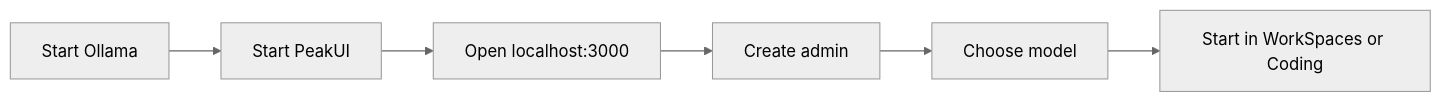
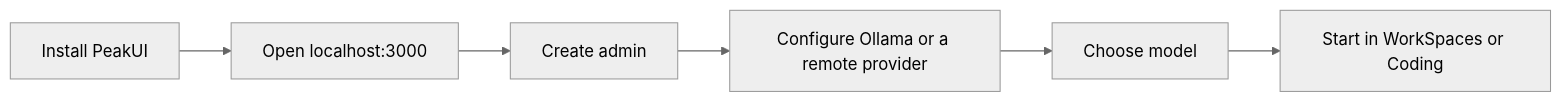
One commit to rajatalha150/PeakUI changed the seventh of 7 diagrams in README.md. Above: the diagram before and after it, drawn with Mermaid (neutral theme). The commit also changed other lines of this file and 6 other files, not shown here.

````diff
--- a/README.md
+++ b/README.md
@@ -201,8 +204,8 @@
 ```mermaid
 flowchart LR
-  A[Start Ollama] --> B[Start PeakUI]
-  B --> C[Open localhost:3000]
-  C --> D[Create admin]
+  A[Install PeakUI] --> B[Open localhost:3000]
+  B --> C[Create admin]
+  C --> D[Configure Ollama or a remote provider]
   D --> E[Choose model]
   E --> F[Start in WorkSpaces or Coding]
 ```
````
